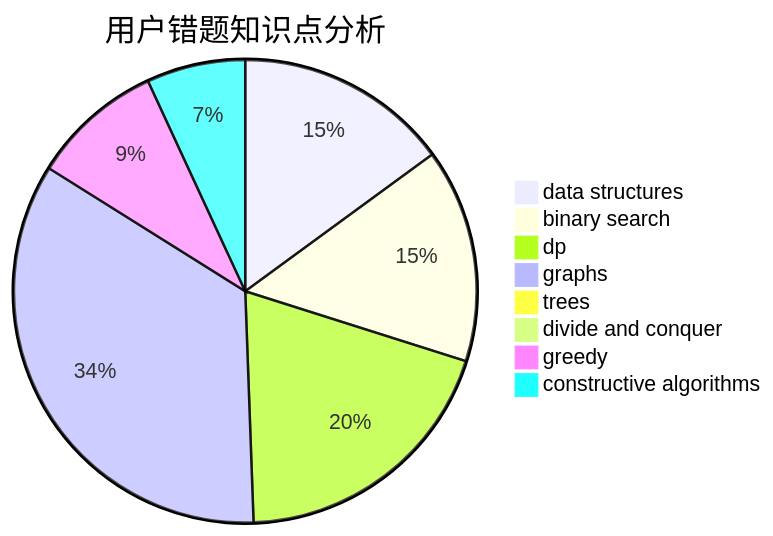
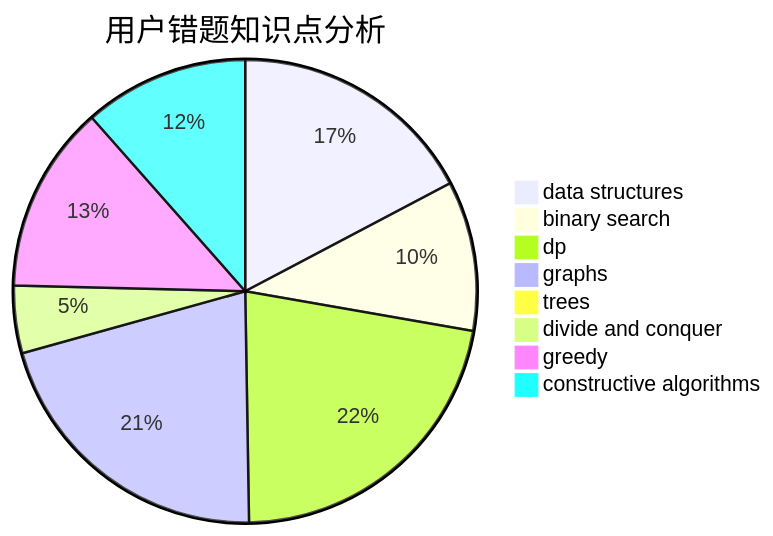
Before and after one commit to sherpahu/cfrs.github.io: the third of 3 diagrams in docs/user/u2216.md, drawn with Mermaid. The commit also changed other lines of this file and 2770 other files, not shown here.

````diff
--- a/docs/user/u2216.md
+++ b/docs/user/u2216.md
@@ -36,11 +36,11 @@
 ```mermaid
 pie title 用户错题知识点分析
-    "data structures" :  13
-    "binary search" :  13
-    "dp" :  17
-    "graphs" :  30
+    "data structures" :  33
+    "binary search" :  20
+    "dp" :  42
+    "graphs" :  40
     "trees" :  0
-    "divide and conquer" :  0
-    "greedy" :  8
-    "constructive algorithms" :  6
+    "divide and conquer" :  9
+    "greedy" :  25
+    "constructive algorithms" :  22
 ```
````
